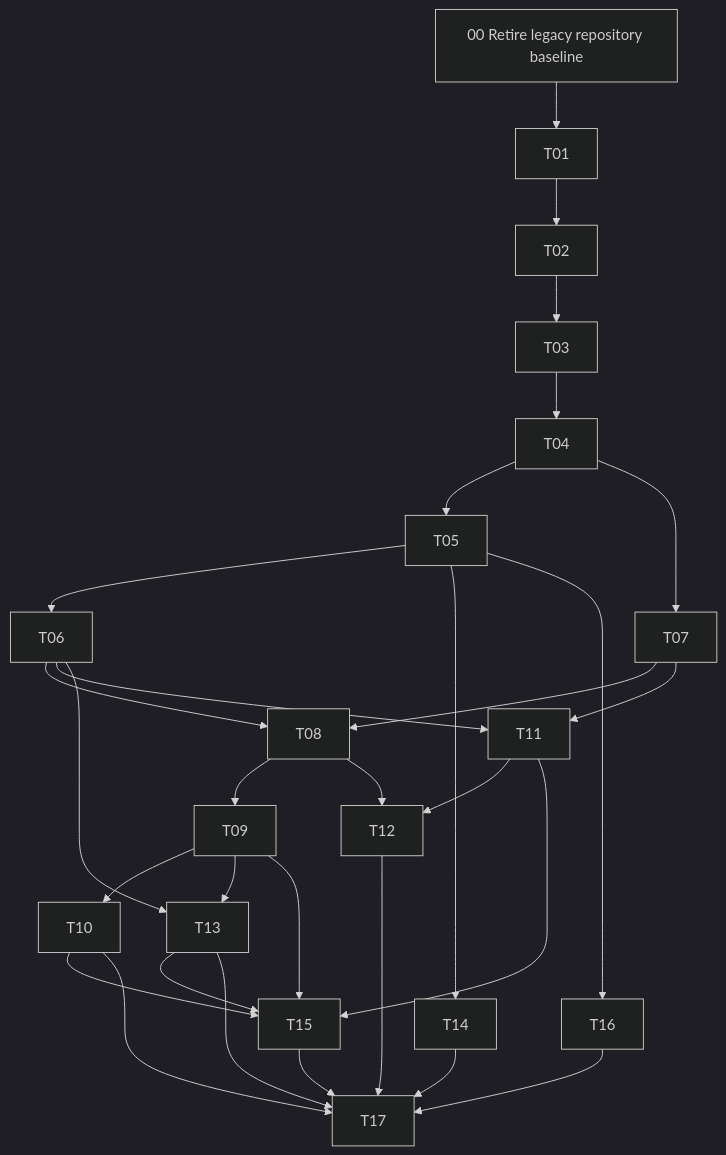
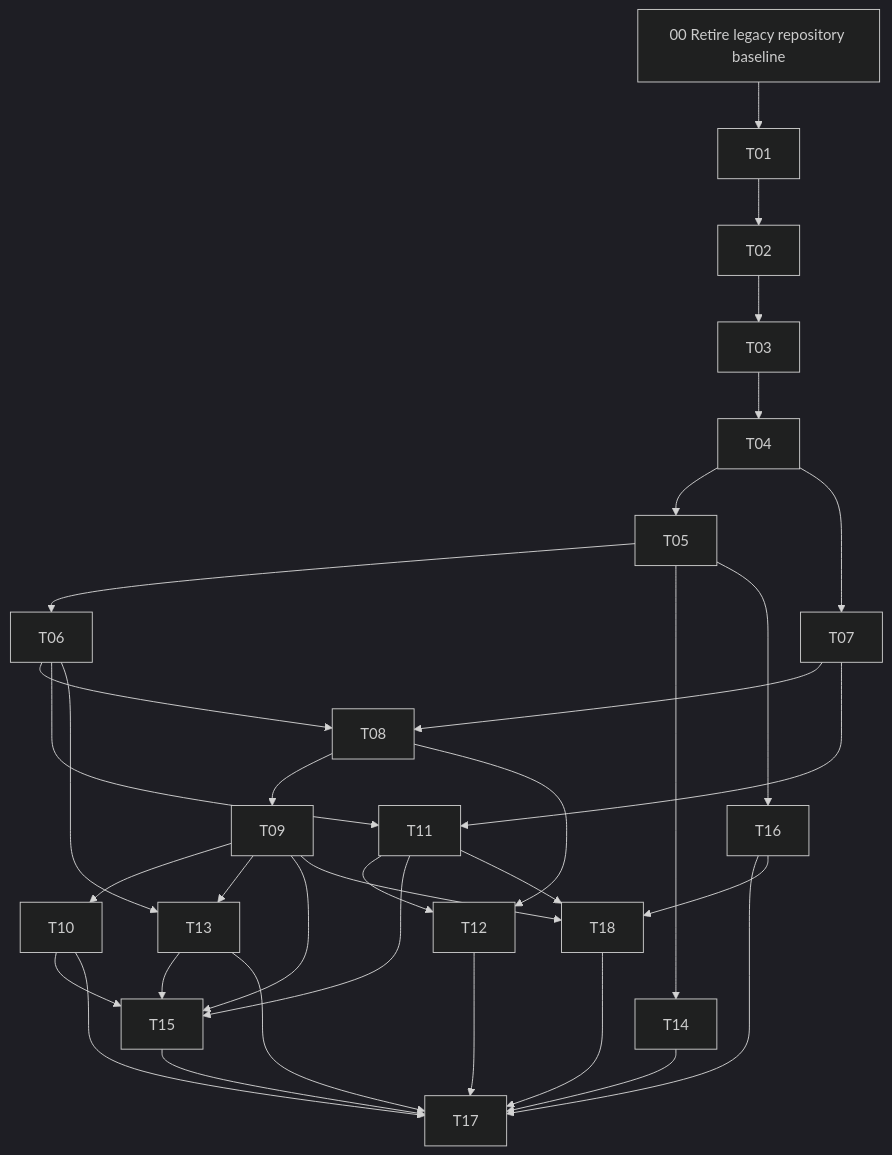
The diagram in .scratch/rag-v1/README.md (L-1ngg/loreweave), drawn with Mermaid (dark theme) before and after one commit. The commit also changed other lines of this file and 22 other files, not shown here.

````diff
--- a/.scratch/rag-v1/README.md
+++ b/.scratch/rag-v1/README.md
@@ -40,32 +41,36 @@
 ```mermaid
 flowchart TD
     T00[00 Retire legacy repository baseline] --> T01
     T01 --> T02
     T02 --> T03
     T03 --> T04
     T04 --> T05
     T05 --> T06
     T04 --> T07
     T06 --> T08
     T07 --> T08
     T08 --> T09
     T09 --> T10
     T06 --> T11
     T07 --> T11
     T08 --> T12
     T11 --> T12
     T06 --> T13
     T09 --> T13
     T05 --> T14
     T09 --> T15
     T10 --> T15
     T11 --> T15
     T13 --> T15
     T05 --> T16
     T10 --> T17
     T12 --> T17
     T13 --> T17
     T14 --> T17
     T15 --> T17
     T16 --> T17
+    T09 --> T18
+    T11 --> T18
+    T16 --> T18
+    T18 --> T17
 ```
````
